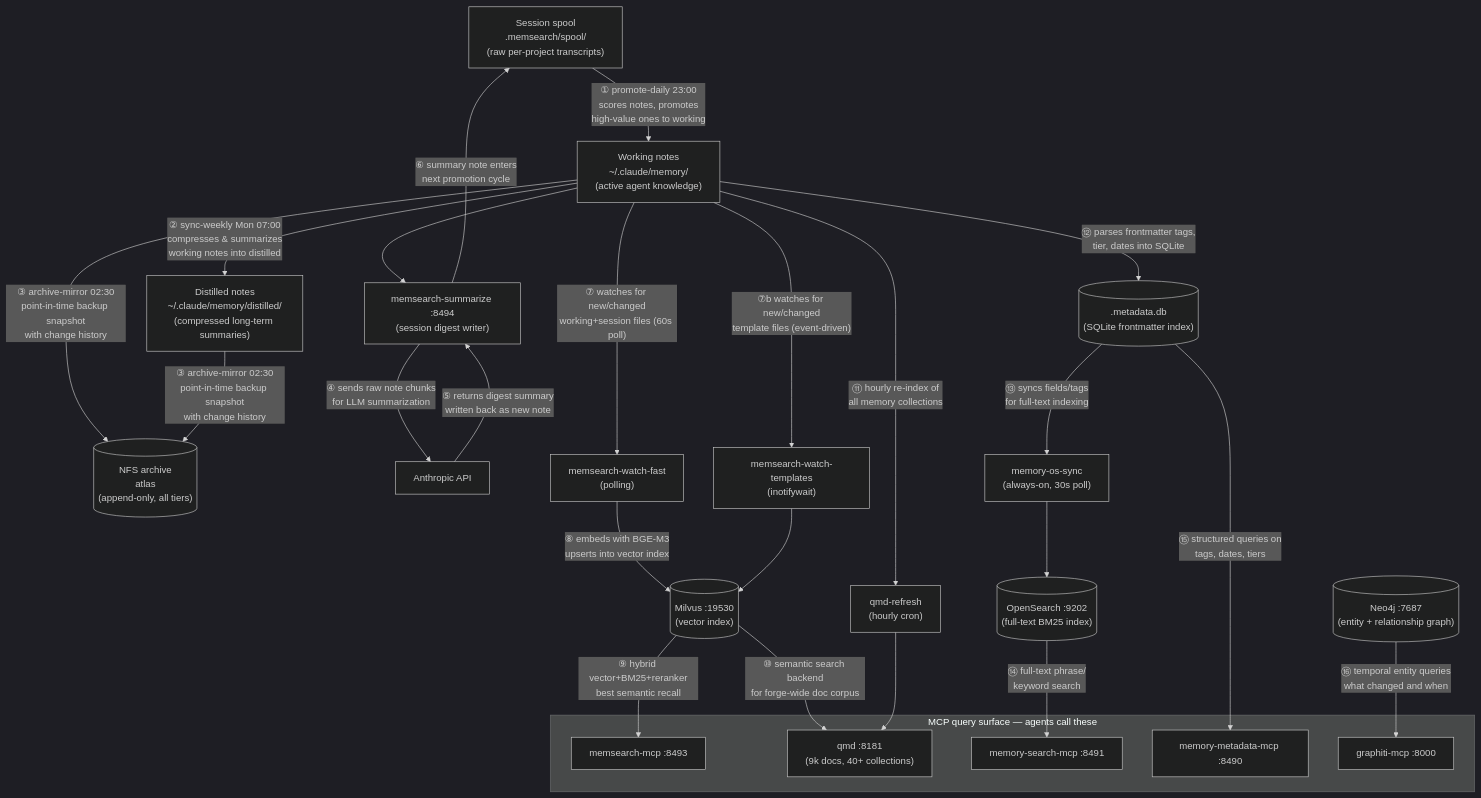
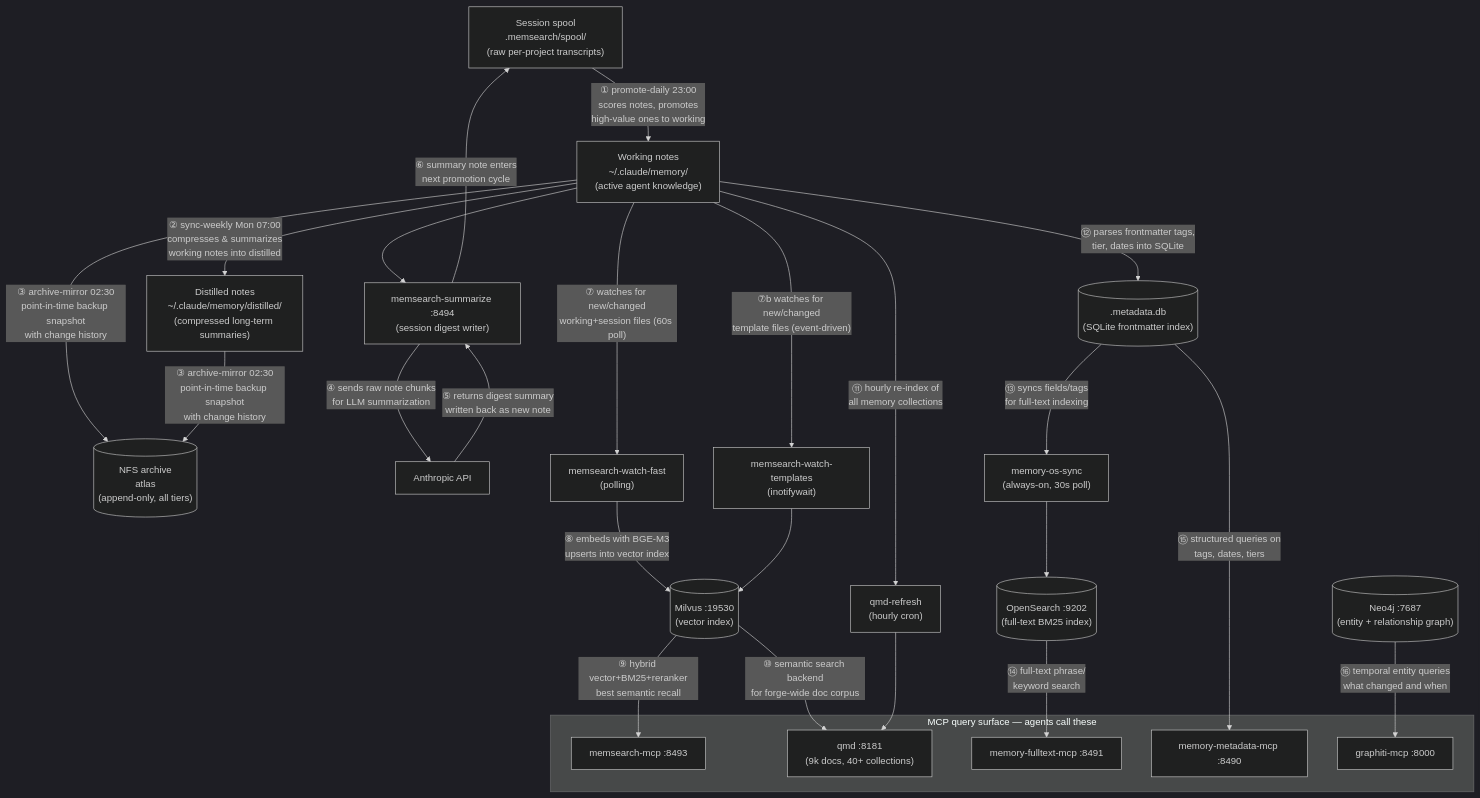
One commit to TadMSTR/homelab-agent changed the fifth of 5 diagrams in docs/components/memory/memory-architecture.md. Above: the diagram before and after it, drawn with Mermaid (dark theme). The commit also changed other lines of this file and 10 other files, not shown here.

First line of the commit message:
docs: fix stale memory-search-mcp/memsearch-watch refs and broken links (Vikunja #291)

````diff
--- a/docs/components/memory/memory-architecture.md
+++ b/docs/components/memory/memory-architecture.md
@@ -148,41 +148,41 @@
 ```mermaid
 flowchart TD
     spool["Session spool\n.memsearch/spool/\n(raw per-project transcripts)"]
     working["Working notes\n~/.claude/memory/\n(active agent knowledge)"]
     distilled["Distilled notes\n~/.claude/memory/distilled/\n(compressed long-term summaries)"]
     nfs[("NFS archive\natlas\n(append-only, all tiers)")]
 
     spool -- "① promote-daily 23:00\nscores notes, promotes\nhigh-value ones to working" --> working
     working -- "② sync-weekly Mon 07:00\ncompresses & summarizes\nworking notes into distilled" --> distilled
     working & distilled -- "③ archive-mirror 02:30\npoint-in-time backup snapshot\nwith change history" --> nfs
 
     working --> summarize["memsearch-summarize :8494\n(session digest writer)"]
     summarize -- "④ sends raw note chunks\nfor LLM summarization" --> anthropic["Anthropic API"]
     anthropic -- "⑤ returns digest summary\nwritten back as new note" --> summarize
     summarize -- "⑥ summary note enters\nnext promotion cycle" --> spool
 
     working -- "⑦ watches for new/changed\nworking+session files (60s poll)" --> watch["memsearch-watch-fast\n(polling)"]
     working -- "⑦b watches for new/changed\ntemplate files (event-driven)" --> watch_tmpl["memsearch-watch-templates\n(inotifywait)"]
     watch -- "⑧ embeds with BGE-M3\nupserts into vector index" --> milvus[("Milvus :19530\n(vector index)")]
     watch_tmpl --> milvus
     milvus -- "⑨ hybrid vector+BM25+reranker\nbest semantic recall" --> memsearch_mcp["memsearch-mcp :8493"]
     milvus -- "⑩ semantic search backend\nfor forge-wide doc corpus" --> qmd["qmd :8181\n(9k docs, 40+ collections)"]
     working -- "⑪ hourly re-index of\nall memory collections" --> qr["qmd-refresh\n(hourly cron)"]
     qr --> qmd
 
     working -- "⑫ parses frontmatter tags,\ntier, dates into SQLite" --> metadb[(".metadata.db\n(SQLite frontmatter index)")]
     metadb -- "⑬ syncs fields/tags\nfor full-text indexing" --> os_sync["memory-os-sync\n(always-on, 30s poll)"]
     os_sync --> opensearch[("OpenSearch :9202\n(full-text BM25 index)")]
-    opensearch -- "⑭ full-text phrase/\nkeyword search" --> search_mcp["memory-search-mcp :8491"]
+    opensearch -- "⑭ full-text phrase/\nkeyword search" --> search_mcp["memory-fulltext-mcp :8491"]
     metadb -- "⑮ structured queries on\ntags, dates, tiers" --> meta_mcp["memory-metadata-mcp :8490"]
 
     neo4j[("Neo4j :7687\n(entity + relationship graph)")] -- "⑯ temporal entity queries\nwhat changed and when" --> graphiti_mcp["graphiti-mcp :8000"]
 
     subgraph "MCP query surface — agents call these"
         memsearch_mcp
         qmd
         meta_mcp
         search_mcp
         graphiti_mcp
     end
 ```
````
